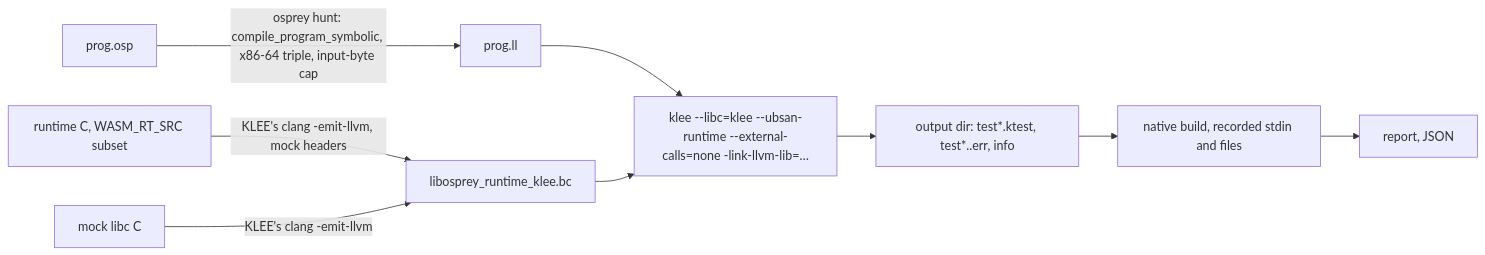
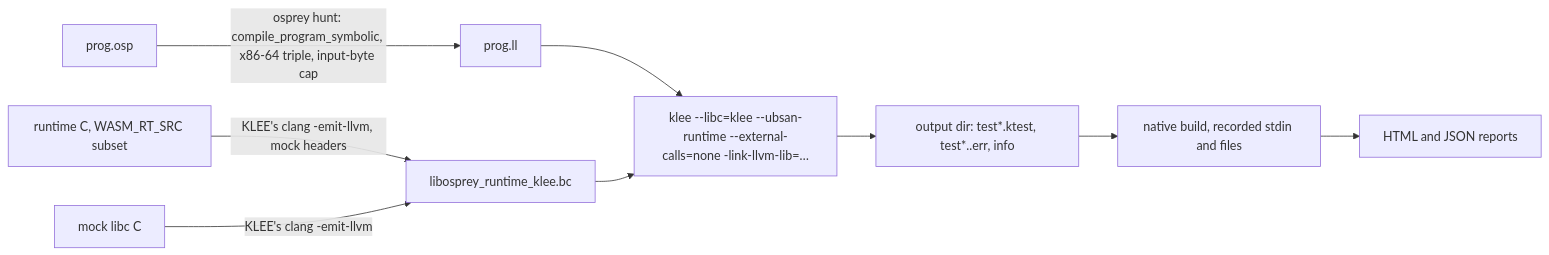
Before and after one commit to Nimblesite/osprey: the diagram in docs/specs/tooling/SymbolicExecution.md, drawn with Mermaid. The commit also changed other lines of this file and 19 other files, not shown here.

Commit message:
feat(hunt): save HTML and JSON reports with verified crash demo

````diff
--- a/docs/specs/tooling/SymbolicExecution.md
+++ b/docs/specs/tooling/SymbolicExecution.md
@@ -103,11 +103,11 @@
 ```mermaid
 flowchart LR
   src[prog.osp] -->|"osprey hunt: compile_program_symbolic, x86-64 triple, input-byte cap"| ll[prog.ll]
   rt[runtime C, WASM_RT_SRC subset] -->|"KLEE's clang -emit-llvm, mock headers"| rtbc[libosprey_runtime_klee.bc]
   mock[mock libc C] -->|"KLEE's clang -emit-llvm"| rtbc
   ll --> klee["klee --libc=klee --ubsan-runtime --external-calls=none -link-llvm-lib=…"]
   rtbc --> klee
   klee --> out["output dir: test*.ktest, test*.<type>.err, info"]
   out --> replay["native build, recorded stdin and files"]
-  replay --> report[report, JSON]
+  replay --> report[HTML and JSON reports]
 ```
````
